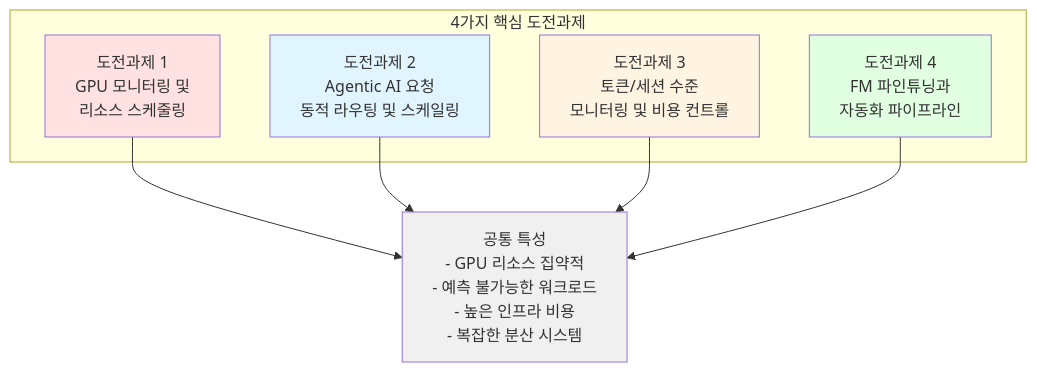
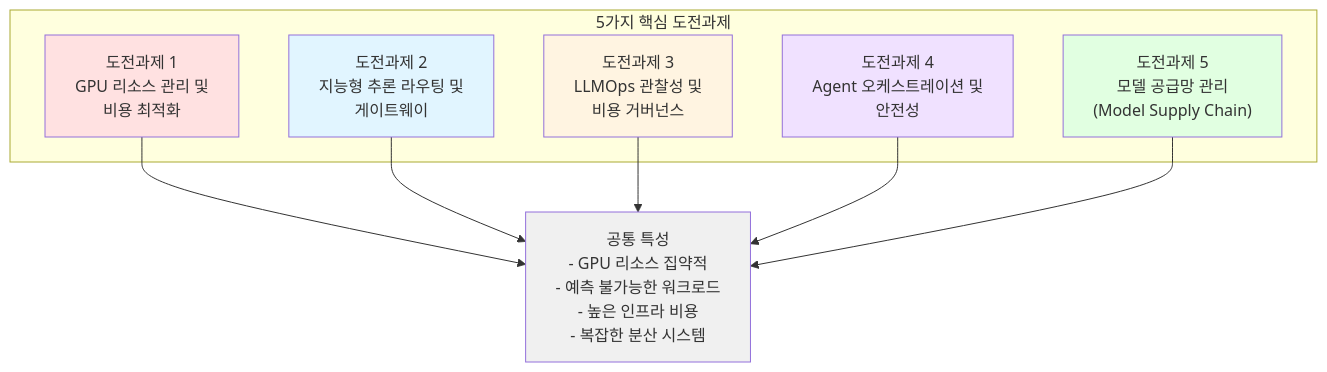
One commit to devfloor9/engineering-playbook changed the first of 16 diagrams in docs/agentic-ai-platform/design-architecture/agentic-ai-challenges.md. Above: the diagram before and after it, drawn with Mermaid. The commit also changed other lines of this file and 21 other files, not shown here.

````diff
--- a/docs/agentic-ai-platform/design-architecture/agentic-ai-challenges.md
+++ b/docs/agentic-ai-platform/design-architecture/agentic-ai-challenges.md
@@ -27,22 +27,25 @@
 ```mermaid
 flowchart TD
-    subgraph Challenges["4가지 핵심 도전과제"]
-        C1["도전과제 1<br/>GPU 모니터링 및<br/>리소스 스케줄링"]
-        C2["도전과제 2<br/>Agentic AI 요청<br/>동적 라우팅 및 스케일링"]
-        C3["도전과제 3<br/>토큰/세션 수준<br/>모니터링 및 비용 컨트롤"]
-        C4["도전과제 4<br/>FM 파인튜닝과<br/>자동화 파이프라인"]
+    subgraph Challenges["5가지 핵심 도전과제"]
+        C1["도전과제 1<br/>GPU 리소스 관리 및<br/>비용 최적화"]
+        C2["도전과제 2<br/>지능형 추론 라우팅 및<br/>게이트웨이"]
+        C3["도전과제 3<br/>LLMOps 관찰성 및<br/>비용 거버넌스"]
+        C4["도전과제 4<br/>Agent 오케스트레이션 및<br/>안전성"]
+        C5["도전과제 5<br/>모델 공급망 관리<br/>(Model Supply Chain)"]
     end
 
     COMMON["공통 특성<br/>- GPU 리소스 집약적<br/>- 예측 불가능한 워크로드<br/>- 높은 인프라 비용<br/>- 복잡한 분산 시스템"]
 
     C1 --> COMMON
     C2 --> COMMON
     C3 --> COMMON
     C4 --> COMMON
+    C5 --> COMMON
 
     style C1 fill:#ffe1e1
     style C2 fill:#e1f5ff
     style C3 fill:#fff4e1
-    style C4 fill:#e1ffe1
+    style C4 fill:#f0e1ff
+    style C5 fill:#e1ffe1
     style COMMON fill:#f0f0f0
 ```
````
